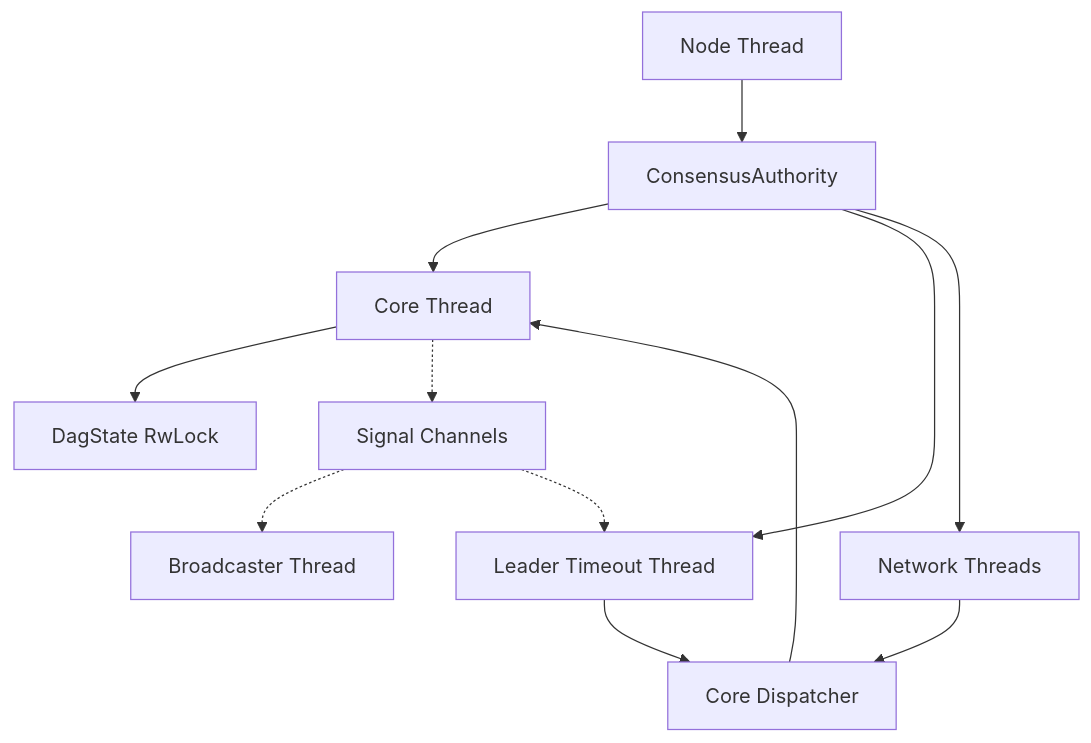
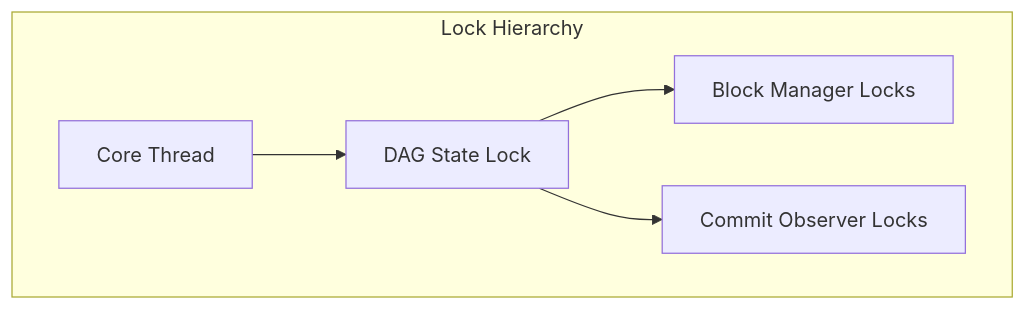
The diagram in memory-bank/modules/consensus/thread_safety.md (soma-org/soma), drawn with Mermaid before and after one commit. The commit also changed other lines of this file and 22 other files, not shown here.

````diff
--- a/memory-bank/modules/consensus/thread_safety.md
+++ b/memory-bank/modules/consensus/thread_safety.md
@@ -16,17 +149,13 @@
 ```mermaid
 flowchart TD
-    Node[Node Thread] --> CA[ConsensusAuthority]
-    CA --> CoreThread[Core Thread]
-    CA --> TimeoutThread[Leader Timeout Thread]
-    CA --> NetworkThreads[Network Threads]
+    subgraph "Lock Hierarchy"
+        CoreThread[Core Thread]
+        DAGState[DAG State Lock]
+        BlockManager[Block Manager Locks]
+        CommitObserver[Commit Observer Locks]
+    end
     
-    CoreThread --> DagState[DagState RwLock]
-    TimeoutThread --> CoreDispatcher[Core Dispatcher]
-    NetworkThreads --> CoreDispatcher
-    
-    CoreDispatcher --> CoreThread
-    
-    CoreThread -.-> SignalChannels[Signal Channels]
-    SignalChannels -.-> BroadcastThread[Broadcaster Thread]
-    SignalChannels -.-> TimeoutThread
+    CoreThread --> DAGState
+    DAGState --> BlockManager
+    DAGState --> CommitObserver
 ```
````
